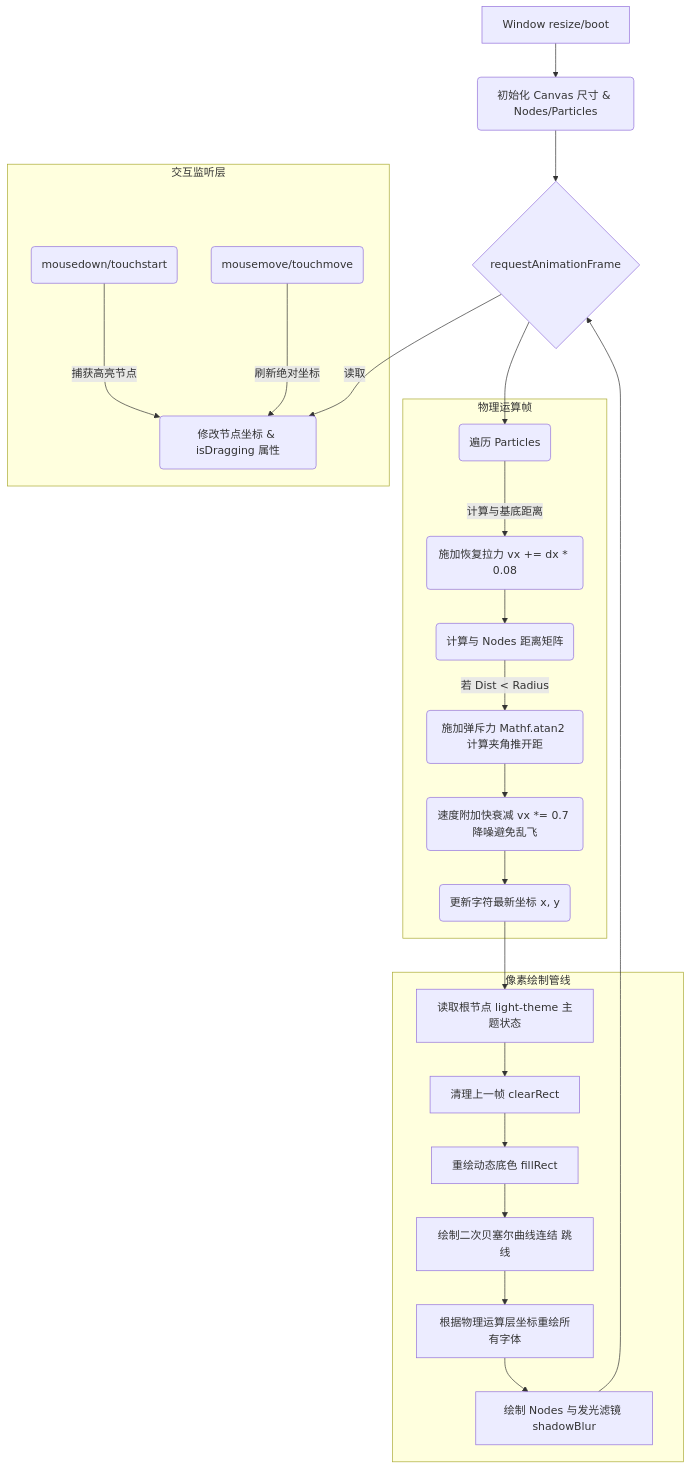
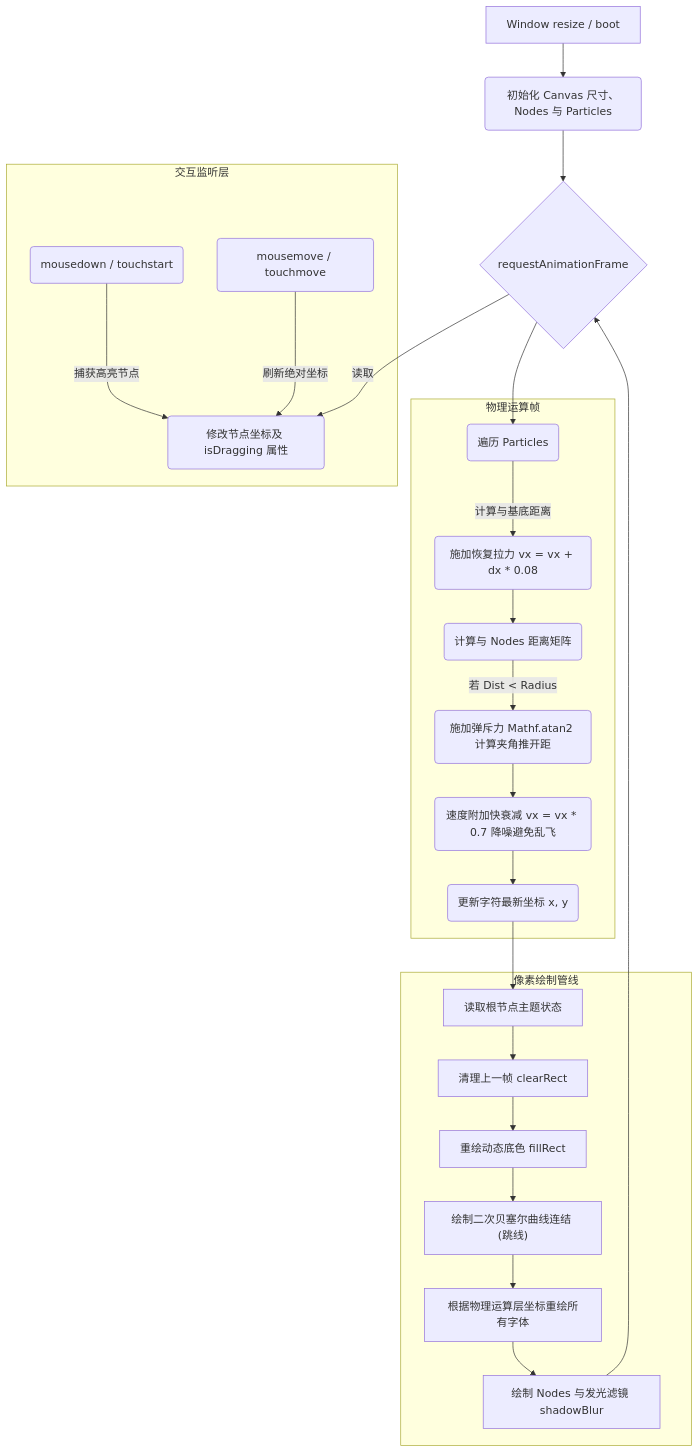
The diagram in _posts/2026-03-31-build-canvas-physics-engine.md (luis-ai-systems/luis-ai-systems.github.io), drawn with Mermaid before and after one commit.

Commit message:
🐛 Fix Mermaid syntax error in blog post (quote node labels)

````diff
--- a/_posts/2026-03-31-build-canvas-physics-engine.md
+++ b/_posts/2026-03-31-build-canvas-physics-engine.md
@@ -29,34 +29,34 @@
 ```mermaid
 graph TD
-    A[Window resize/boot] --> B(初始化 Canvas 尺寸 & Nodes/Particles)
-    B --> C{requestAnimationFrame}
+    A["Window resize / boot"] --> B("初始化 Canvas 尺寸、Nodes 与 Particles")
+    B --> C{"requestAnimationFrame"}
     
     %% Input Layer
     subgraph 交互监听层
-        I1(mousedown/touchstart) --> |捕获高亮节点| I2(修改节点坐标 & isDragging 属性)
-        I3(mousemove/touchmove) --> |刷新绝对坐标| I2
+        I1("mousedown / touchstart") --> |捕获高亮节点| I2("修改节点坐标及 isDragging 属性")
+        I3("mousemove / touchmove") --> |刷新绝对坐标| I2
     end
     
     %% Physics Calc
     subgraph 物理运算帧
-        P1(遍历 Particles) --> |计算与基底距离| P2(施加恢复拉力 vx += dx * 0.08)
-        P2 --> P3(计算与 Nodes 距离矩阵)
-        P3 --> |若 Dist < Radius| P4(施加弹斥力 Mathf.atan2 计算夹角推开距)
-        P4 --> P5(速度附加快衰减 vx *= 0.7 降噪避免乱飞)
-        P5 --> P6(更新字符最新坐标 x, y)
+        P1("遍历 Particles") --> |计算与基底距离| P2("施加恢复拉力 vx = vx + dx * 0.08")
+        P2 --> P3("计算与 Nodes 距离矩阵")
+        P3 --> |若 Dist < Radius| P4("施加弹斥力 Mathf.atan2 计算夹角推开距")
+        P4 --> P5("速度附加快衰减 vx = vx * 0.7 降噪避免乱飞")
+        P5 --> P6("更新字符最新坐标 x, y")
     end
     
     %% Render Pipeline
     subgraph 像素绘制管线
-        R1[读取根节点 light-theme 主题状态] --> R2[清理上一帧 clearRect]
-        R2 --> R3[重绘动态底色 fillRect]
-        R3 --> R4[绘制二次贝塞尔曲线连结 跳线]
-        R4 --> R5[根据物理运算层坐标重绘所有字体]
-        R5 --> R6[绘制 Nodes 与发光滤镜 shadowBlur]
+        R1["读取根节点主题状态"] --> R2["清理上一帧 clearRect"]
+        R2 --> R3["重绘动态底色 fillRect"]
+        R3 --> R4["绘制二次贝塞尔曲线连结 (跳线)"]
+        R4 --> R5["根据物理运算层坐标重绘所有字体"]
+        R5 --> R6["绘制 Nodes 与发光滤镜 shadowBlur"]
     end
 
     C --> |读取| I2
     C --> P1
     P6 --> R1
     R6 --> C
 ```
````
